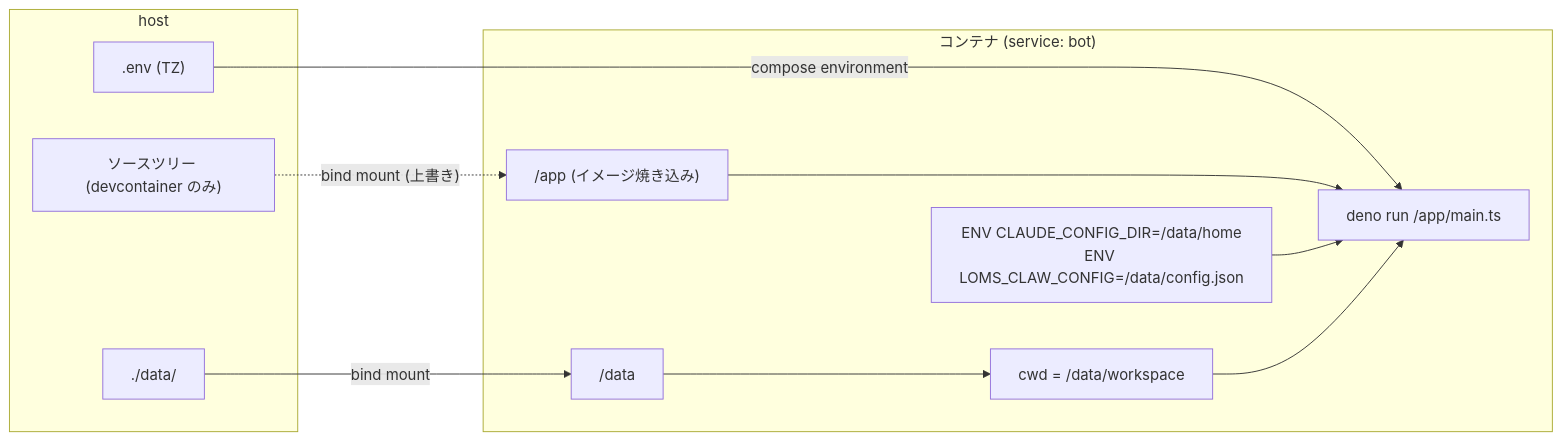
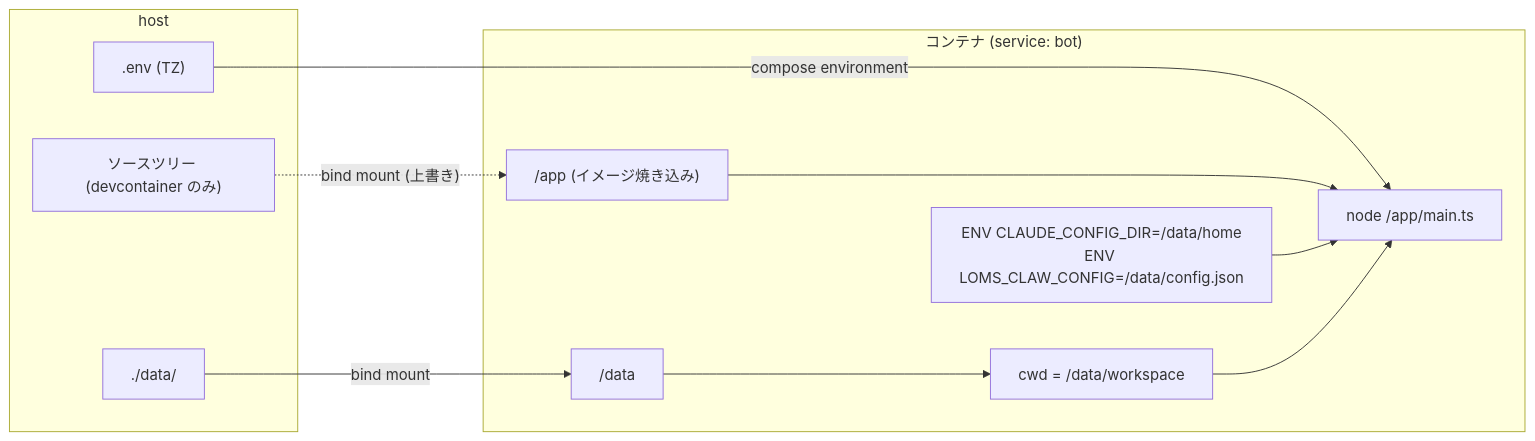
One commit to ansanloms/loms-claw changed the diagram in docs/architecture/deployment.md. Above: the diagram before and after it, drawn with Mermaid. The commit also changed other lines of this file and 88 other files, not shown here.

First line of the commit message:
build: ランタイムを Deno から Node.js 24 へ移行 (#191)

````diff
--- a/docs/architecture/deployment.md
+++ b/docs/architecture/deployment.md
@@ -9,22 +9,22 @@
 ```mermaid
 flowchart LR
   subgraph host["host"]
     env[".env (TZ)"]
     data["./data/"]
     src["ソースツリー (devcontainer のみ)"]
   end
   subgraph container["コンテナ (service: bot)"]
     app["/app (イメージ焼き込み)"]
     cdata["/data"]
     cwd["cwd = /data/workspace"]
     envs["ENV CLAUDE_CONFIG_DIR=/data/home<br>ENV LOMS_CLAW_CONFIG=/data/config.json"]
-    proc["deno run /app/main.ts"]
+    proc["node /app/main.ts"]
   end
   env -- "compose environment" --> proc
   data -- "bind mount" --> cdata
   src -. "bind mount (上書き)" .-> app
   cdata --> cwd
   app --> proc
   envs --> proc
   cwd --> proc
 ```
````
